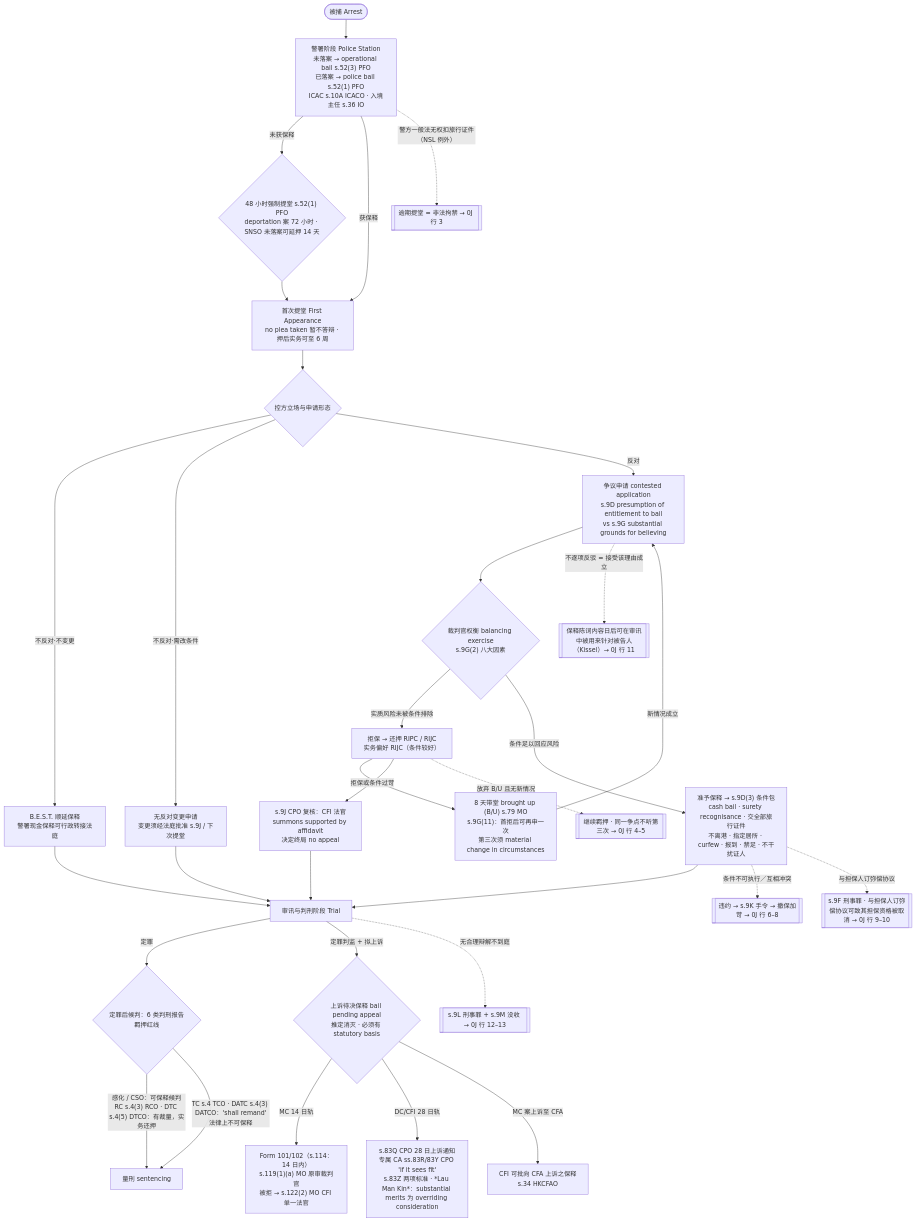
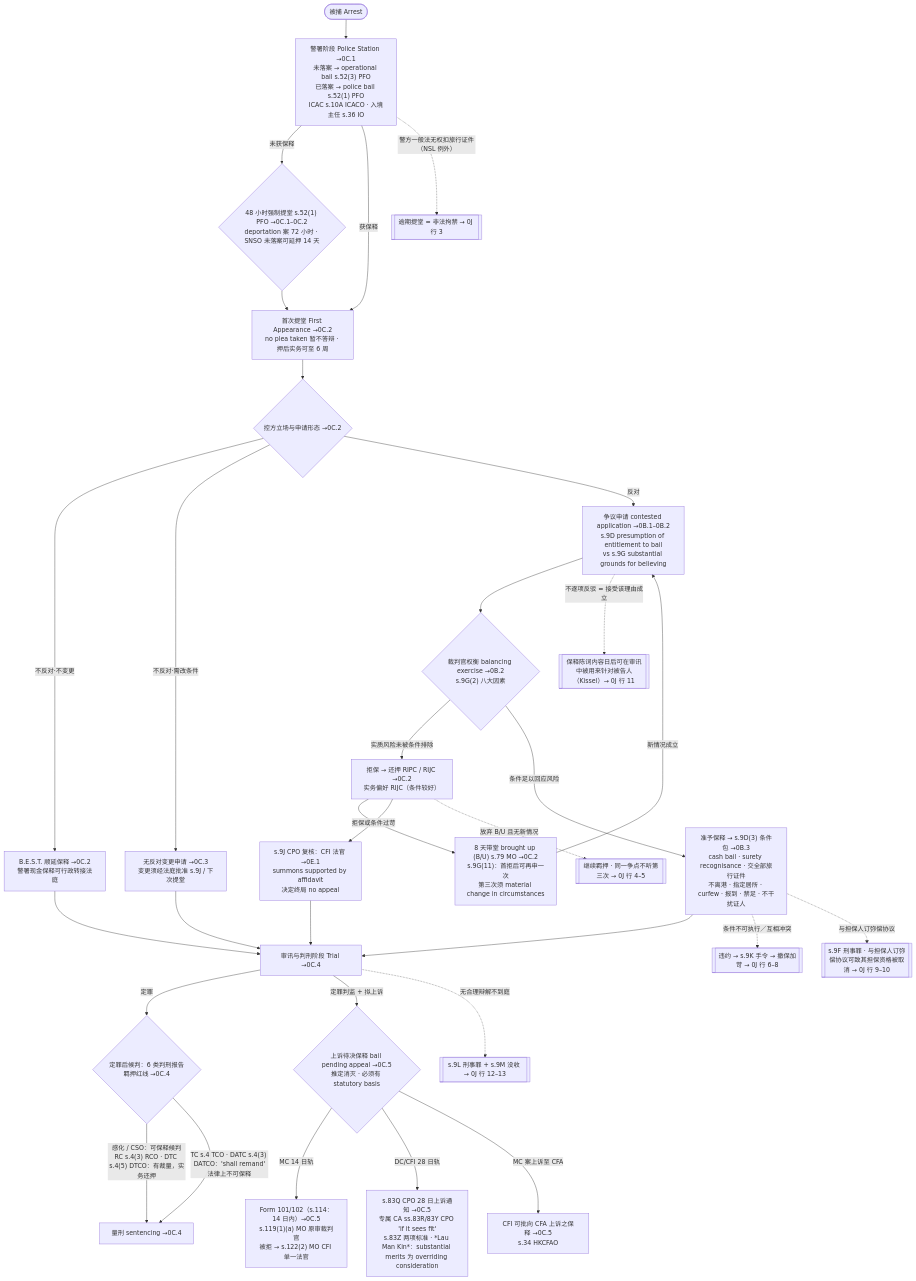
One commit to mixxmax/pcll-criminal-cards changed the first of 2 diagrams in src/content/docs/institutions/05-institution-bail.md. Above: the diagram before and after it, drawn with Mermaid. The commit also changed other lines of this file and 3 other files, not shown here.

````diff
--- a/src/content/docs/institutions/05-institution-bail.md
+++ b/src/content/docs/institutions/05-institution-bail.md
@@ -103,36 +103,36 @@
 ```mermaid
 flowchart TD
  classDef warnnode stroke-dasharray: 4 3;
 
- A(["被捕 Arrest"]) --> P1["警署阶段 Police Station<br/>未落案 → operational bail s.52(3) PFO<br/>已落案 → police bail s.52(1) PFO<br/>ICAC s.10A ICACO · 入境主任 s.36 IO"]
- P1 -->|"未获保释"| G1{"48 小时强制提堂 s.52(1) PFO<br/>deportation 案 72 小时 · SNSO 未落案可延押 14 天"}
- P1 -->|"获保释"| FA["首次提堂 First Appearance<br/>no plea taken 暂不答辩 · 押后实务可至 6 周"]
+ A(["被捕 Arrest"]) --> P1["警署阶段 Police Station →0C.1<br/>未落案 → operational bail s.52(3) PFO<br/>已落案 → police bail s.52(1) PFO<br/>ICAC s.10A ICACO · 入境主任 s.36 IO"]
+ P1 -->|"未获保释"| G1{"48 小时强制提堂 s.52(1) PFO →0C.1–0C.2<br/>deportation 案 72 小时 · SNSO 未落案可延押 14 天"}
+ P1 -->|"获保释"| FA["首次提堂 First Appearance →0C.2<br/>no plea taken 暂不答辩 · 押后实务可至 6 周"]
  G1 --> FA
- FA --> FORM{"控方立场与申请形态"}
- FORM -->|"不反对·不变更"| BEST["B.E.S.T. 顺延保释<br/>警署现金保释可行政转接法庭"]
- FORM -->|"不反对·需改条件"| VAR["无反对变更申请<br/>变更须经法庭批准 s.9J / 下次提堂"]
- FORM -->|"反对"| CT["争议申请 contested application<br/>s.9D presumption of entitlement to bail<br/>vs s.9G substantial grounds for believing"]
- CT --> DEC{"裁判官权衡 balancing exercise<br/>s.9G(2) 八大因素"}
- DEC -->|"实质风险未被条件排除"| REM["拒保 → 还押 RIPC / RIJC<br/>实务偏好 RIJC（条件较好）"]
- REM --> BU["8 天带堂 brought up (B/U) s.79 MO<br/>s.9G(11)：首拒后可再申一次<br/>第三次须 material change in circumstances"]
+ FA --> FORM{"控方立场与申请形态 →0C.2"}
+ FORM -->|"不反对·不变更"| BEST["B.E.S.T. 顺延保释 →0C.2<br/>警署现金保释可行政转接法庭"]
+ FORM -->|"不反对·需改条件"| VAR["无反对变更申请 →0C.3<br/>变更须经法庭批准 s.9J / 下次提堂"]
+ FORM -->|"反对"| CT["争议申请 contested application →0B.1–0B.2<br/>s.9D presumption of entitlement to bail<br/>vs s.9G substantial grounds for believing"]
+ CT --> DEC{"裁判官权衡 balancing exercise →0B.2<br/>s.9G(2) 八大因素"}
+ DEC -->|"实质风险未被条件排除"| REM["拒保 → 还押 RIPC / RIJC →0C.2<br/>实务偏好 RIJC（条件较好）"]
+ REM --> BU["8 天带堂 brought up (B/U) s.79 MO →0C.2<br/>s.9G(11)：首拒后可再申一次<br/>第三次须 material change in circumstances"]
  BU -->|"新情况成立"| CT
- REM -->|"拒保或条件过苛"| REV["s.9J CPO 复核：CFI 法官<br/>summons supported by affidavit<br/>决定终局 no appeal"]
- DEC -->|"条件足以回应风险"| GRANT["准予保释 → s.9D(3) 条件包<br/>cash bail · surety recognisance · 交全部旅行证件<br/>不离港 · 指定居所 · curfew · 报到 · 禁足 · 不干扰证人"]
- BEST --> TRIAL["审讯与判刑阶段 Trial"]
+ REM -->|"拒保或条件过苛"| REV["s.9J CPO 复核：CFI 法官 →0E.1<br/>summons supported by affidavit<br/>决定终局 no appeal"]
+ DEC -->|"条件足以回应风险"| GRANT["准予保释 → s.9D(3) 条件包 →0B.3<br/>cash bail · surety recognisance · 交全部旅行证件<br/>不离港 · 指定居所 · curfew · 报到 · 禁足 · 不干扰证人"]
+ BEST --> TRIAL["审讯与判刑阶段 Trial →0C.4"]
  VAR --> TRIAL
  GRANT --> TRIAL
  REV --> TRIAL
- TRIAL -->|"定罪"| RPT{"定罪后候判：6 类判刑报告羁押红线"}
- RPT -->|"感化 / CSO：可保释候判<br/>RC s.4(3) RCO · DTC s.4(5) DTCO：有裁量，实务还押"| TRIAL2["量刑 sentencing"]
+ TRIAL -->|"定罪"| RPT{"定罪后候判：6 类判刑报告羁押红线 →0C.4"}
+ RPT -->|"感化 / CSO：可保释候判<br/>RC s.4(3) RCO · DTC s.4(5) DTCO：有裁量，实务还押"| TRIAL2["量刑 sentencing →0C.4"]
  RPT -->|"TC s.4 TCO · DATC s.4(3) DATCO：'shall remand'<br/>法律上不可保释"| TRIAL2
- TRIAL -->|"定罪判监 + 拟上诉"| APP{"上诉待决保释 bail pending appeal<br/>推定消灭 · 必须有 statutory basis"}
- APP -->|"MC 14 日轨"| AP1["Form 101/102（s.114：14 日内）<br/>s.119(1)(a) MO 原审裁判官<br/>被拒 → s.122(2) MO CFI 单一法官"]
- APP -->|"DC/CFI 28 日轨"| AP2["s.83Q CPO 28 日上诉通知<br/>专属 CA ss.83R/83Y CPO 'if it sees fit'<br/>s.83Z 两项标准 · *Lau Man Kin*：substantial merits 为 overriding consideration"]
- APP -->|"MC 案上诉至 CFA"| AP3["CFI 可批向 CFA 上诉之保释<br/>s.34 HKCFAO"]
+ TRIAL -->|"定罪判监 + 拟上诉"| APP{"上诉待决保释 bail pending appeal →0C.5<br/>推定消灭 · 必须有 statutory basis"}
+ APP -->|"MC 14 日轨"| AP1["Form 101/102（s.114：14 日内）→0C.5<br/>s.119(1)(a) MO 原审裁判官<br/>被拒 → s.122(2) MO CFI 单一法官"]
+ APP -->|"DC/CFI 28 日轨"| AP2["s.83Q CPO 28 日上诉通知 →0C.5<br/>专属 CA ss.83R/83Y CPO 'if it sees fit'<br/>s.83Z 两项标准 · *Lau Man Kin*：substantial merits 为 overriding consideration"]
+ APP -->|"MC 案上诉至 CFA"| AP3["CFI 可批向 CFA 上诉之保释 →0C.5<br/>s.34 HKCFAO"]
  P1 -.->|"警方一般法无权扣旅行证件（NSL 例外）"| W1[["逾期提堂 = 非法拘禁 → 0J 行 3"]]
  CT -.->|"不逐项反驳 = 接受该理由成立"| W2[["保释陈词内容日后可在审讯中被用来针对被告人（Kissel）→ 0J 行 11"]]
  GRANT -.->|"条件不可执行／互相冲突"| W3[["违约 → s.9K 手令 → 撤保加苛 → 0J 行 6–8"]]
  GRANT -.->|"与担保人订弥偿协议"| W4[["s.9F 刑事罪 · 与担保人订弥偿协议可致其担保资格被取消 → 0J 行 9–10"]]
  REM -.->|"放弃 B/U 且无新情况"| W5[["继续羁押 · 同一争点不听第三次 → 0J 行 4–5"]]
  TRIAL -.->|"无合理辩解不到庭"| W6[["s.9L 刑事罪 + s.9M 没收 → 0J 行 12–13"]]
 ```
````
